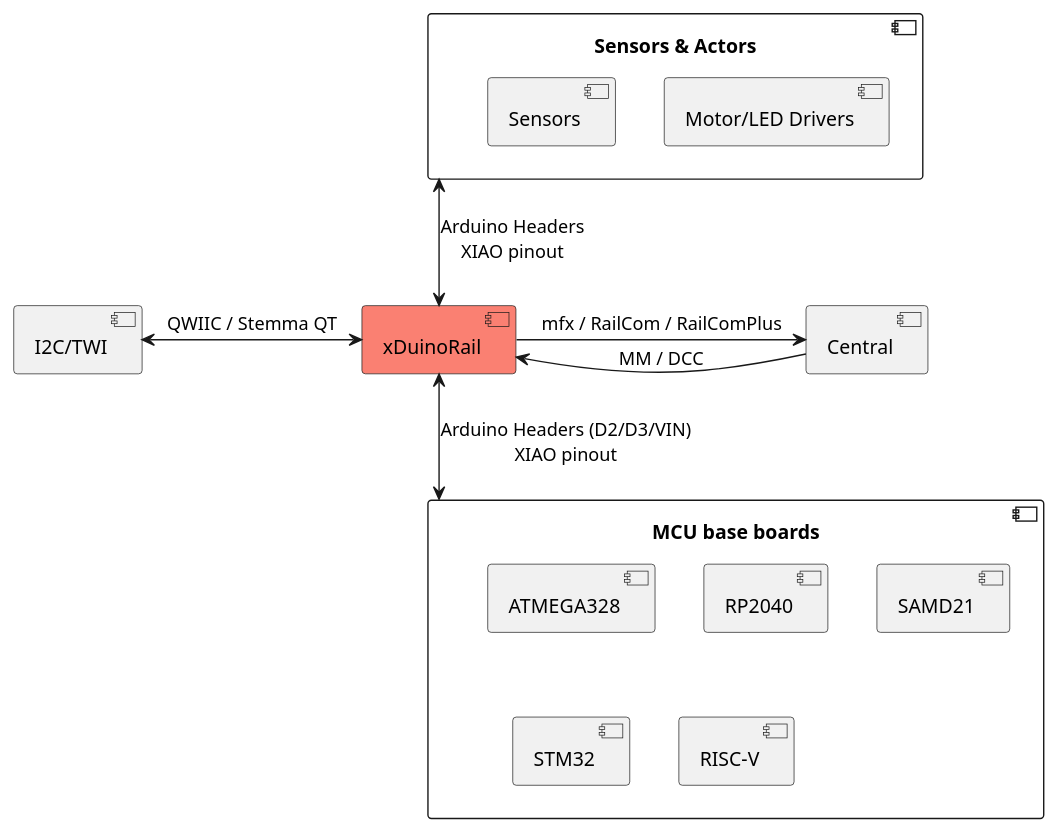
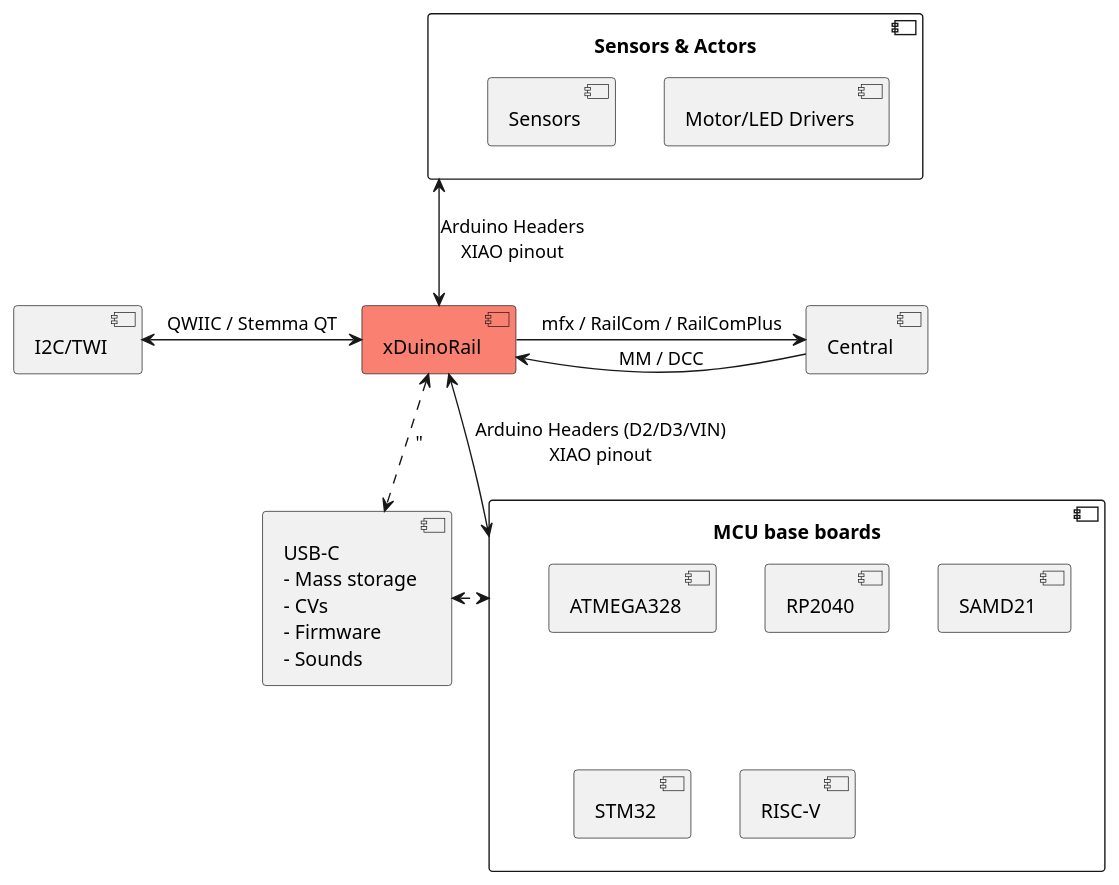
The diagram in overview.puml (chatelao/xDuinoRail-Decoder), drawn with PlantUML before and after one commit.

```diff
--- a/overview.puml
+++ b/overview.puml
@@ -1,33 +1,36 @@
 @startuml
 
 component "Central" as Central
 
 component "xDuinoRail" as Decoder#Salmon
 
 Decoder <- Central : MM / DCC
 Central <- Decoder : mfx / RailCom / RailComPlus
 
 component "I2C/TWI" as I2C
+component "USB-C\n- Mass storage\n- CVs\n- Firmware\n- Sounds" as USBC
 
 I2C <-> Decoder: "QWIIC / Stemma QT"
+Decoder <..> USBC : "
 
 component "MCU base boards" as MCU {
 
 component ATMEGA328
 component RP2040
 component SAMD21
 component STM32
 component "RISC-V"
 
 }
 Decoder <--> MCU : "Arduino Headers (D2/D3/VIN)\nXIAO pinout"
+USBC <.> MCU
 
 component "Sensors & Actors" as SENS {
 
 component "Motor/LED Drivers"
 component "Sensors"
 
 }
 SENS <--> Decoder : "Arduino Headers\nXIAO pinout"
 
 @enduml
```
